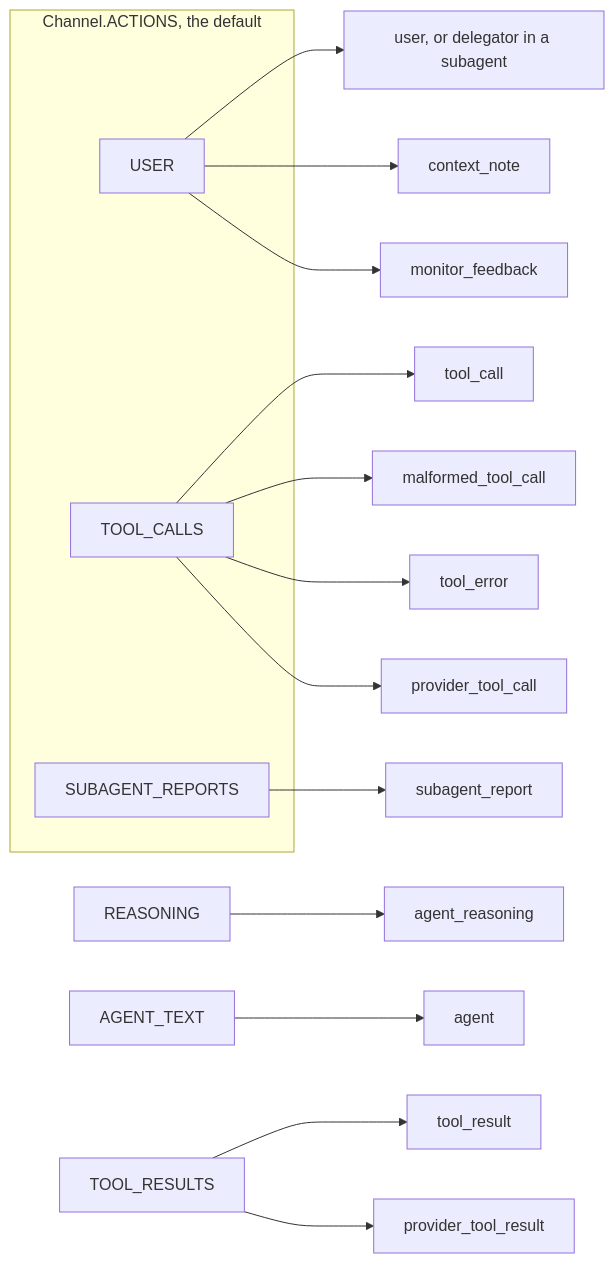
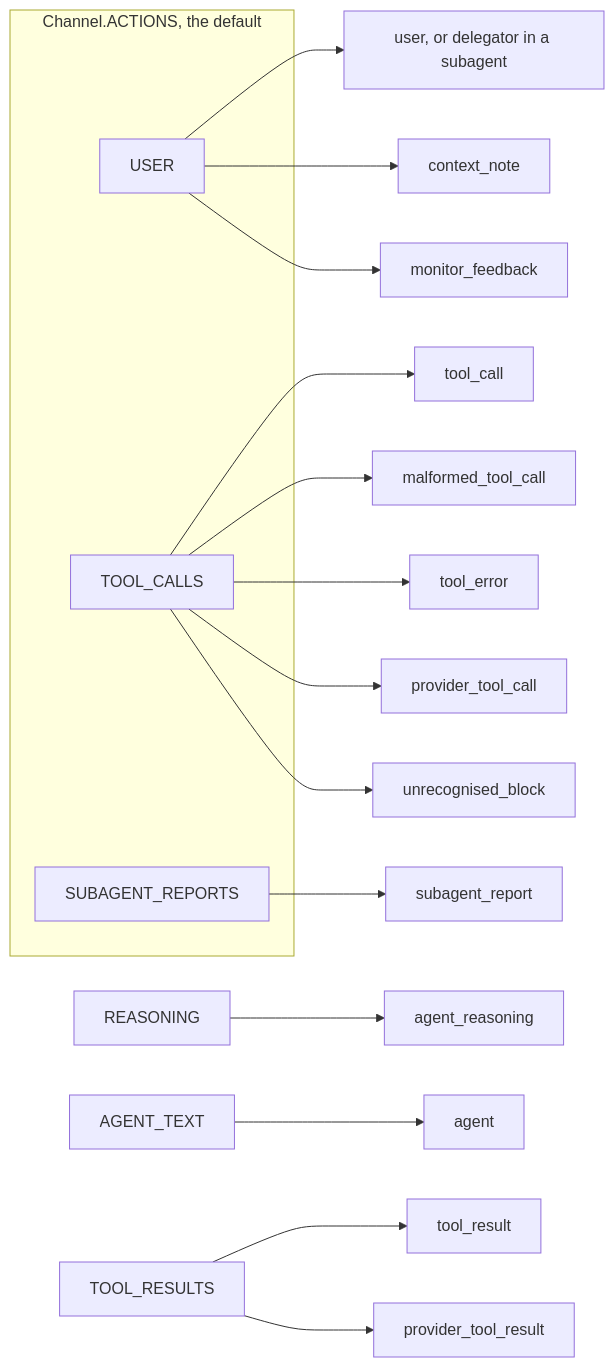
The diagram in docs/how-to/choose-what-the-monitor-reads.md (omamori-lab/langchain-sync-monitors), drawn with Mermaid before and after one commit. The commit also changed other lines of this file and 9 other files, not shown here.

````diff
--- a/docs/how-to/choose-what-the-monitor-reads.md
+++ b/docs/how-to/choose-what-the-monitor-reads.md
@@ -45,23 +45,24 @@
 ```mermaid
 flowchart LR
     subgraph actions ["Channel.ACTIONS, the default"]
         channelUser["USER"]
         channelCalls["TOOL_CALLS"]
         channelReports["SUBAGENT_REPORTS"]
     end
     channelReasoning["REASONING"]
     channelText["AGENT_TEXT"]
     channelResults["TOOL_RESULTS"]
     channelUser --> tagUser["user, or delegator in a subagent"]
     channelUser --> tagNote["context_note"]
     channelUser --> tagFeedback["monitor_feedback"]
     channelCalls --> tagCall["tool_call"]
     channelCalls --> tagMalformed["malformed_tool_call"]
     channelCalls --> tagError["tool_error"]
     channelCalls --> tagProviderCall["provider_tool_call"]
+    channelCalls --> tagUnrecognised["unrecognised_block"]
     channelReports --> tagReport["subagent_report"]
     channelReasoning --> tagReasoning["agent_reasoning"]
     channelText --> tagAgent["agent"]
     channelResults --> tagResult["tool_result"]
     channelResults --> tagProviderResult["provider_tool_result"]
 ```
````
